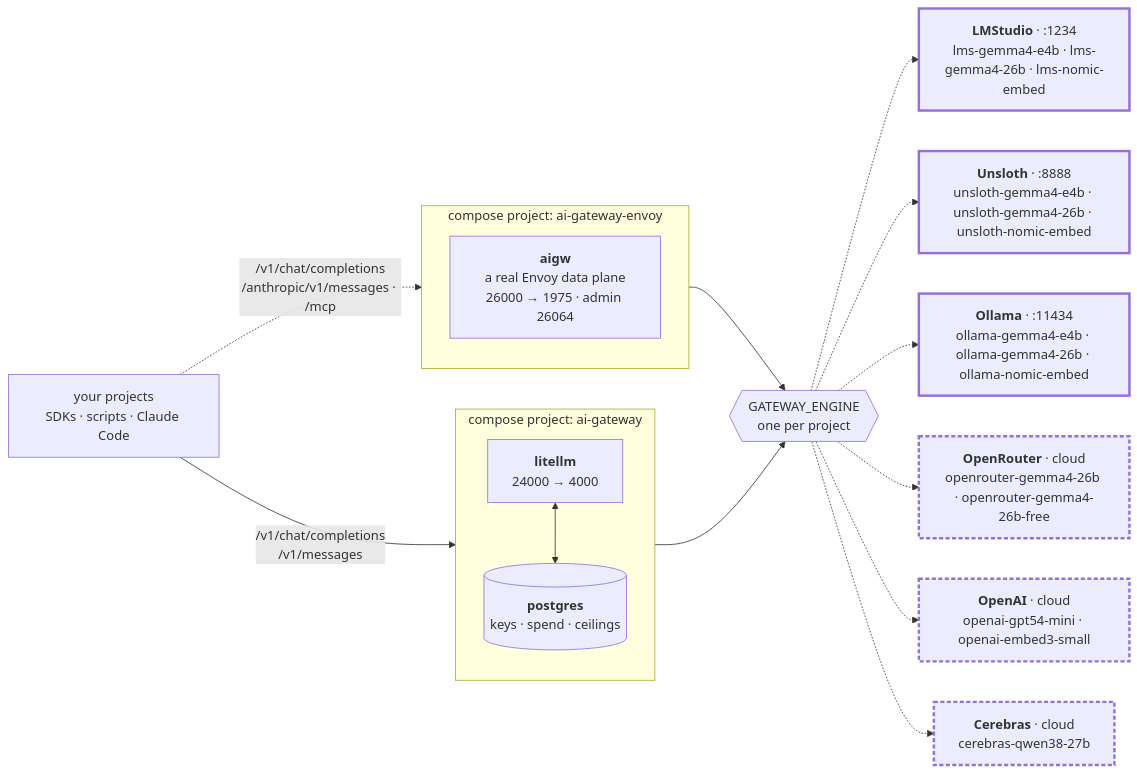
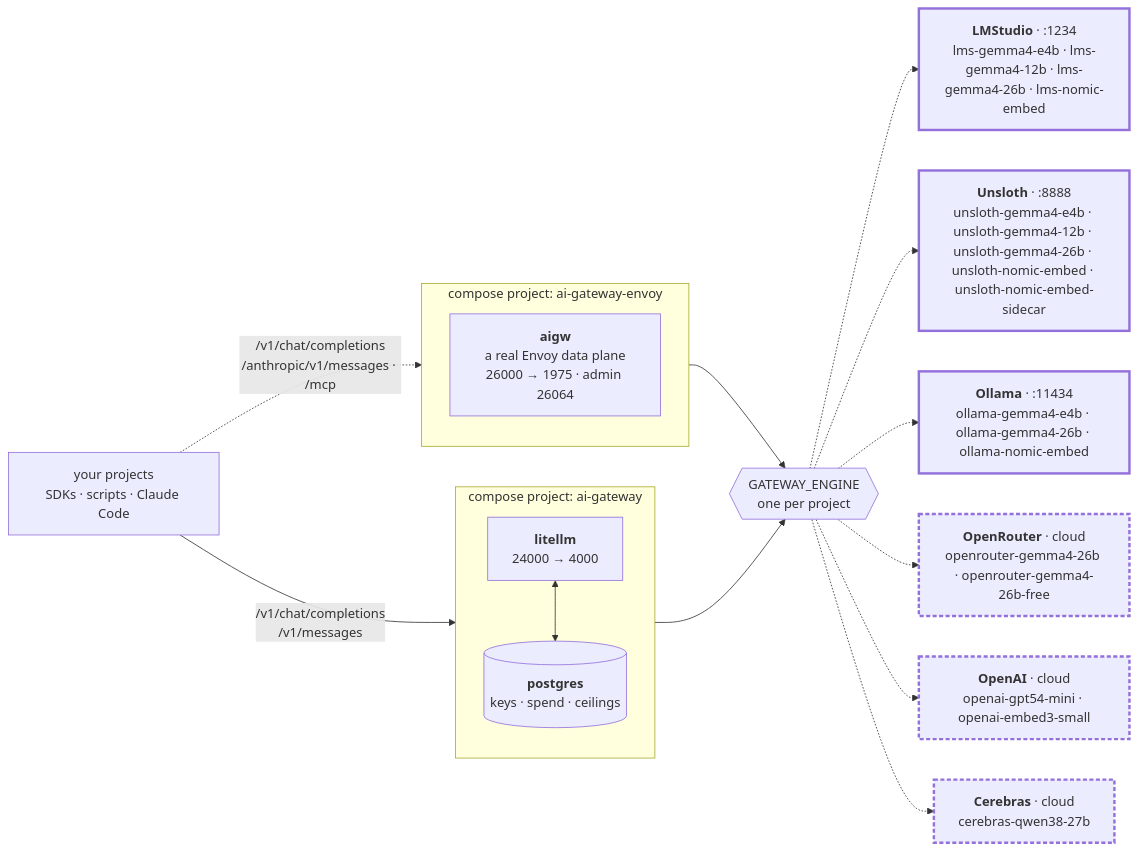
Before and after one commit to lukaskellerstein/ai-gateway: the diagram in README.md, drawn with Mermaid. The commit also changed other lines of this file and 208 other files, not shown here.

````diff
--- a/README.md
+++ b/README.md
@@ -81,37 +81,37 @@
 ```mermaid
 flowchart LR
     callers["your projects<br/>SDKs · scripts · Claude Code"]
 
     subgraph p1["compose project: ai-gateway"]
         direction TB
         litellm["<b>litellm</b><br/>24000 → 4000"]
         pg1[("<b>postgres</b><br/>keys · spend · ceilings")]
         litellm <--> pg1
     end
 
     subgraph p2["compose project: ai-gateway-envoy"]
         direction TB
         env["<b>aigw</b><br/>a real Envoy data plane<br/>26000 → 1975 · admin 26064"]
     end
 
     engine{{"GATEWAY_ENGINE<br/>one per project"}}
 
-    lms["<b>LMStudio</b> · :1234<br/>lms-gemma4-e4b · lms-gemma4-26b · lms-nomic-embed"]
-    uns["<b>Unsloth</b> · :8888<br/>unsloth-gemma4-e4b · unsloth-gemma4-26b · unsloth-nomic-embed"]
+    lms["<b>LMStudio</b> · :1234<br/>lms-gemma4-e4b · lms-gemma4-12b · lms-gemma4-26b · lms-nomic-embed"]
+    uns["<b>Unsloth</b> · :8888<br/>unsloth-gemma4-e4b · unsloth-gemma4-12b · unsloth-gemma4-26b · unsloth-nomic-embed · unsloth-nomic-embed-sidecar"]
     oll["<b>Ollama</b> · :11434<br/>ollama-gemma4-e4b · ollama-gemma4-26b · ollama-nomic-embed"]
     orr["<b>OpenRouter</b> · cloud<br/>openrouter-gemma4-26b · openrouter-gemma4-26b-free"]
     oai["<b>OpenAI</b> · cloud<br/>openai-gpt54-mini · openai-embed3-small"]
     cer["<b>Cerebras</b> · cloud<br/>cerebras-qwen38-27b"]
 
     callers -->|"/v1/chat/completions<br/>/v1/messages"| litellm
     callers -.->|"/v1/chat/completions<br/>/anthropic/v1/messages · /mcp"| env
     litellm --> engine
     env --> engine
     engine -.-> lms & uns & oll
     engine -.-> orr & oai & cer
 
     classDef onhost stroke-width:3px
     classDef paid stroke-width:3px,stroke-dasharray: 5 3
     class lms,uns,oll onhost
     class orr,oai,cer paid
 ```
````
